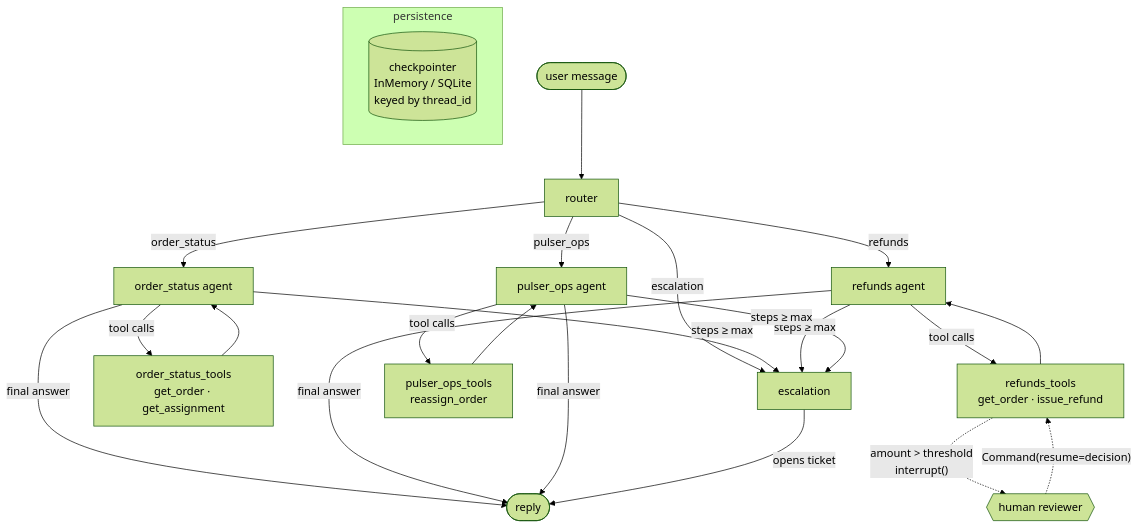
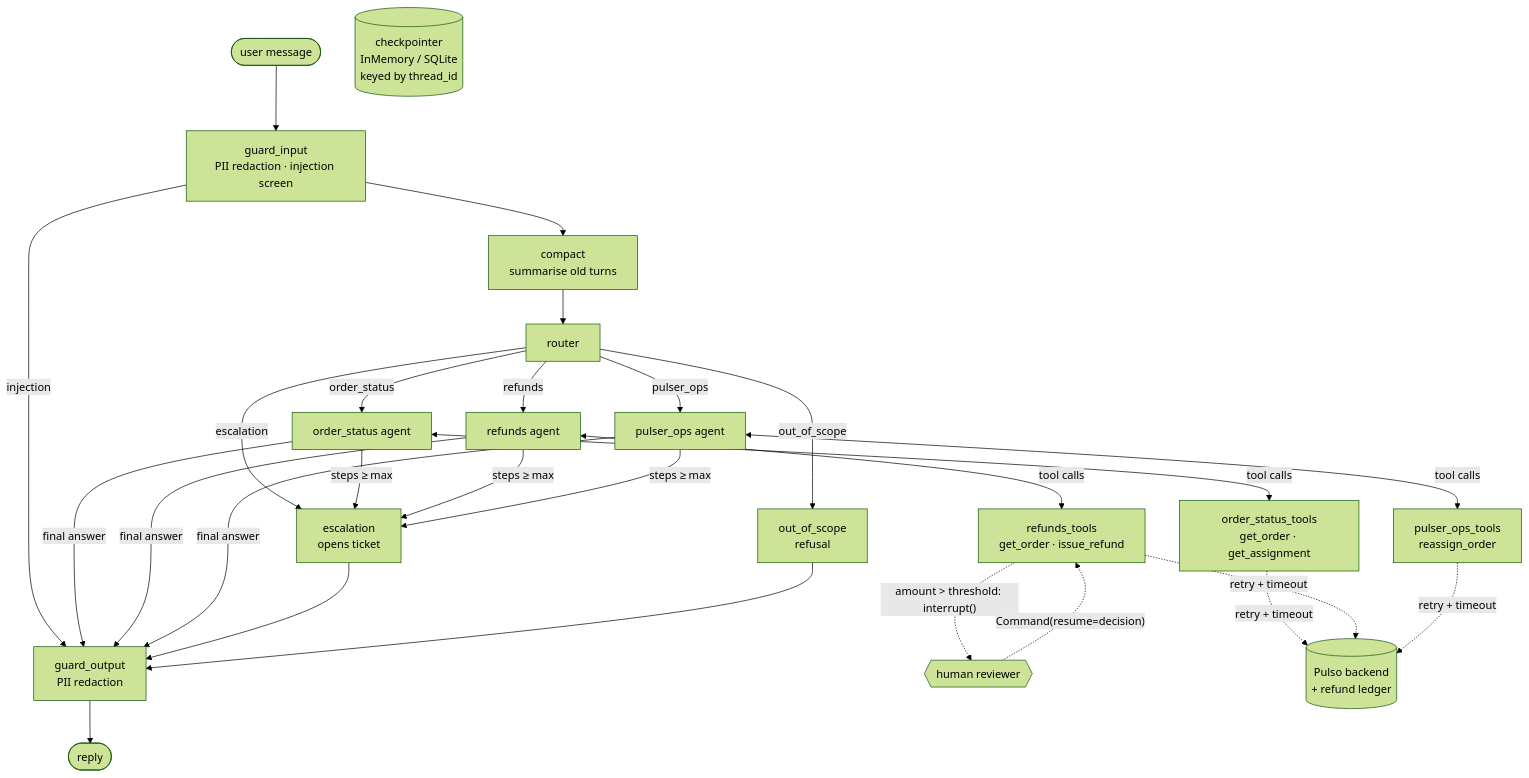
Before and after one commit to AlejandroAlvarez-srdev/pulso-support-agents: the diagram in README.md, drawn with Mermaid (forest theme). The commit also changed other lines of this file, not shown here.

First line of the commit message:
docs: document guardrails, idempotency, resilience, memory, streaming, tracing and rate limits

````diff
--- a/README.md
+++ b/README.md
@@ -18,26 +26,27 @@
 ```mermaid
 flowchart TD
-    START([user message]) --> router
-    router -->|order_status| OS[order_status agent]
-    router -->|refunds| RF[refunds agent]
-    router -->|pulser_ops| PO[pulser_ops agent]
-    router -->|escalation| ESC[escalation]
+    START([user message]) --> GI[guard_input<br/>PII redaction · injection screen]
+    GI -->|injection| GO
+    GI --> C[compact<br/>summarise old turns]
+    C --> R[router]
+    R -->|order_status| OS[order_status agent]
+    R -->|refunds| RF[refunds agent]
+    R -->|pulser_ops| PO[pulser_ops agent]
+    R -->|escalation| ESC[escalation<br/>opens ticket]
+    R -->|out_of_scope| OOS[out_of_scope<br/>refusal]
 
-    OS -->|tool calls| OST[order_status_tools<br/>get_order · get_assignment]
-    OST --> OS
-    RF -->|tool calls| RFT[refunds_tools<br/>get_order · issue_refund]
-    RFT --> RF
-    PO -->|tool calls| POT[pulser_ops_tools<br/>reassign_order]
-    POT --> PO
+    OS <-->|tool calls| OST[order_status_tools<br/>get_order · get_assignment]
+    RF <-->|tool calls| RFT[refunds_tools<br/>get_order · issue_refund]
+    PO <-->|tool calls| POT[pulser_ops_tools<br/>reassign_order]
 
-    RFT -. "amount > threshold<br/>interrupt()" .-> HUMAN{{human reviewer}}
+    RFT -. "amount > threshold: interrupt()" .-> HUMAN{{human reviewer}}
     HUMAN -. "Command(resume=decision)" .-> RFT
 
     OS & RF & PO -->|steps ≥ max| ESC
-    OS & RF & PO -->|final answer| END([reply])
-    ESC -->|opens ticket| END
+    OS & RF & PO -->|final answer| GO[guard_output<br/>PII redaction]
+    ESC & OOS --> GO
+    GO --> END([reply])
 
-    subgraph persistence
-      CP[(checkpointer<br/>InMemory / SQLite<br/>keyed by thread_id)]
-    end
+    OST & RFT & POT -.->|retry + timeout| BE[(Pulso backend<br/>+ refund ledger)]
+    CP[(checkpointer<br/>InMemory / SQLite<br/>keyed by thread_id)]
 ```
````
